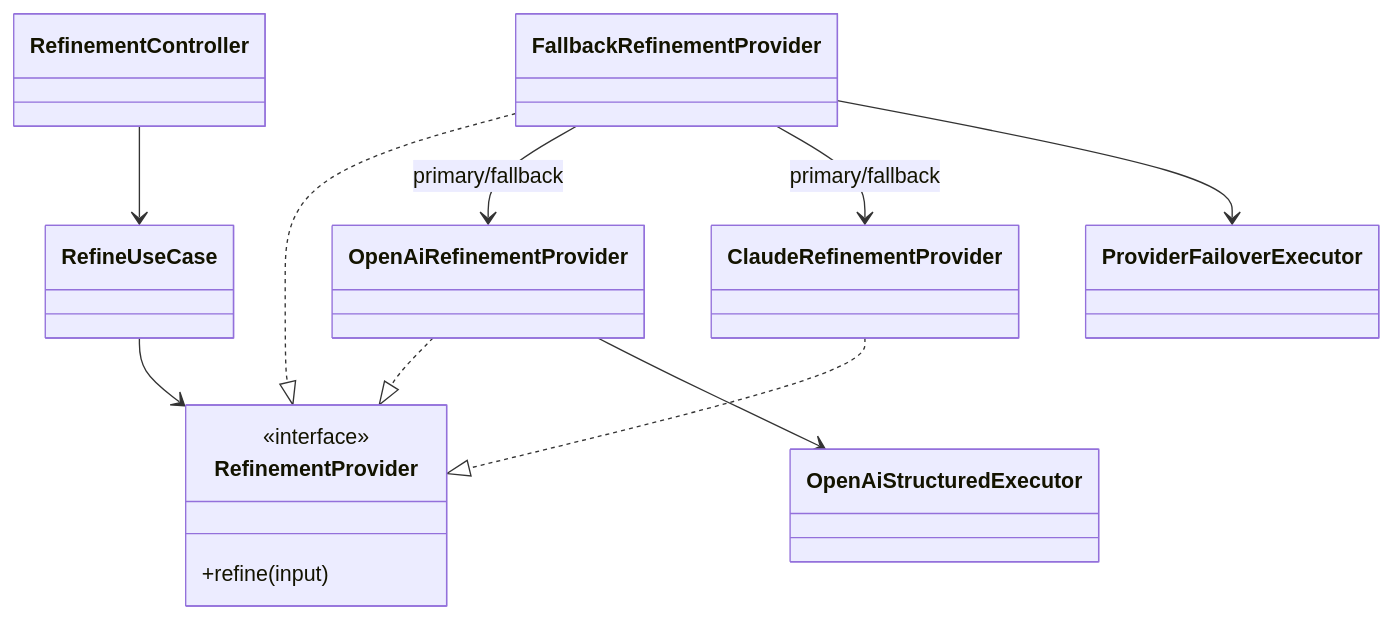
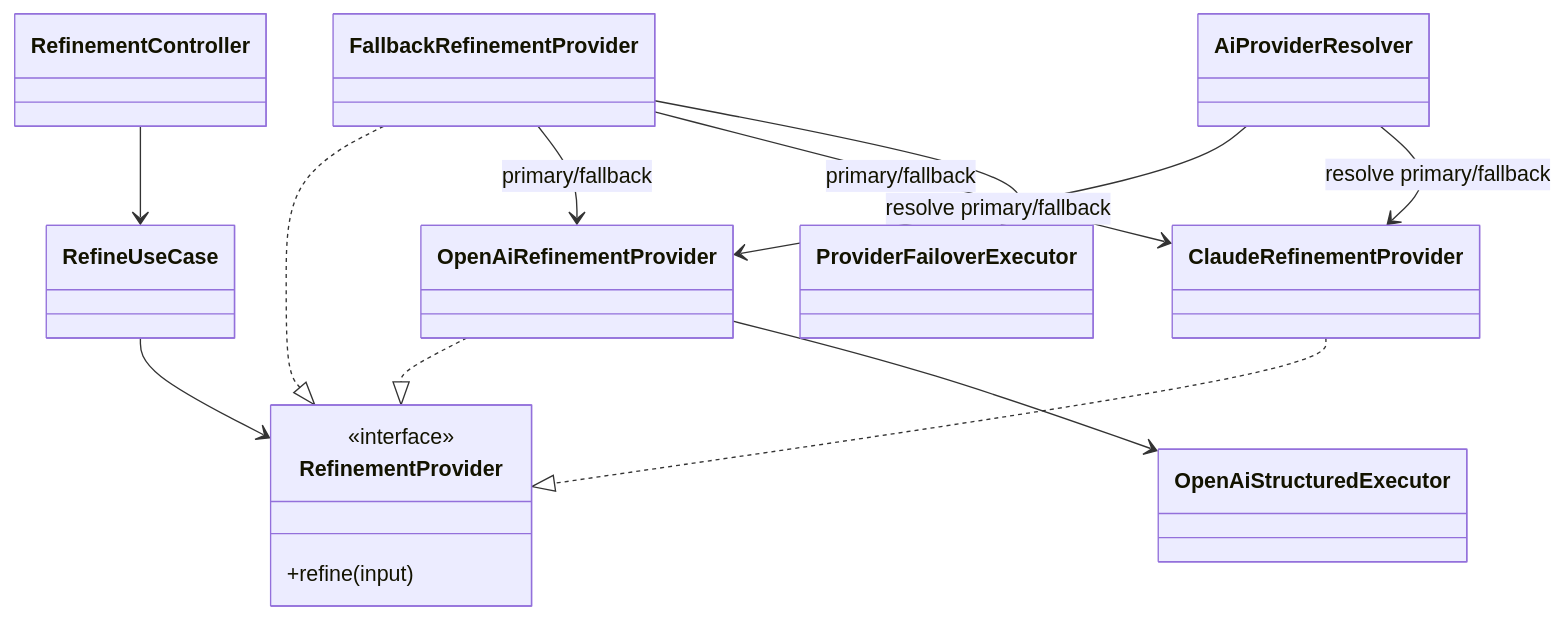
Before and after one commit to gustavoarielms/ai-orchestrator: the diagram in docs/diagrams/refinement-class-diagram.md, drawn with Mermaid. The commit also changed 6 other files, not shown here.

First line of the commit message:
docs(architecture): align documentation with shared AI runtime and failover strategy

````diff
--- a/docs/diagrams/refinement-class-diagram.md
+++ b/docs/diagrams/refinement-class-diagram.md
@@ -3,28 +3,31 @@
 ```mermaid
 classDiagram
     class RefinementController
     class RefineUseCase
+    class AiProviderResolver
     class OpenAiStructuredExecutor
     class ProviderFailoverExecutor
 
     class RefinementProvider {
       <<interface>>
       +refine(input)
     }
 
     class OpenAiRefinementProvider
     class ClaudeRefinementProvider
     class FallbackRefinementProvider
 
     RefinementController --> RefineUseCase
     RefineUseCase --> RefinementProvider
 
     OpenAiRefinementProvider ..|> RefinementProvider
     ClaudeRefinementProvider ..|> RefinementProvider
     FallbackRefinementProvider ..|> RefinementProvider
 
     OpenAiRefinementProvider --> OpenAiStructuredExecutor
     FallbackRefinementProvider --> OpenAiRefinementProvider : primary/fallback
     FallbackRefinementProvider --> ClaudeRefinementProvider : primary/fallback
     FallbackRefinementProvider --> ProviderFailoverExecutor
+    AiProviderResolver --> OpenAiRefinementProvider : resolve primary/fallback
+    AiProviderResolver --> ClaudeRefinementProvider : resolve primary/fallback
 ```
````
